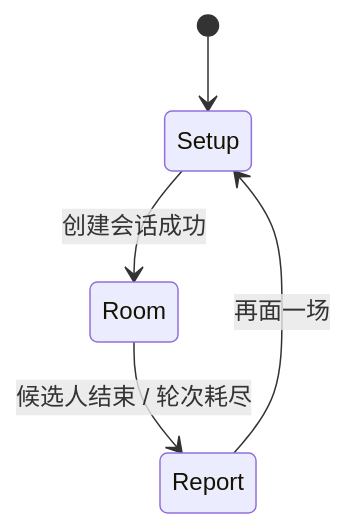
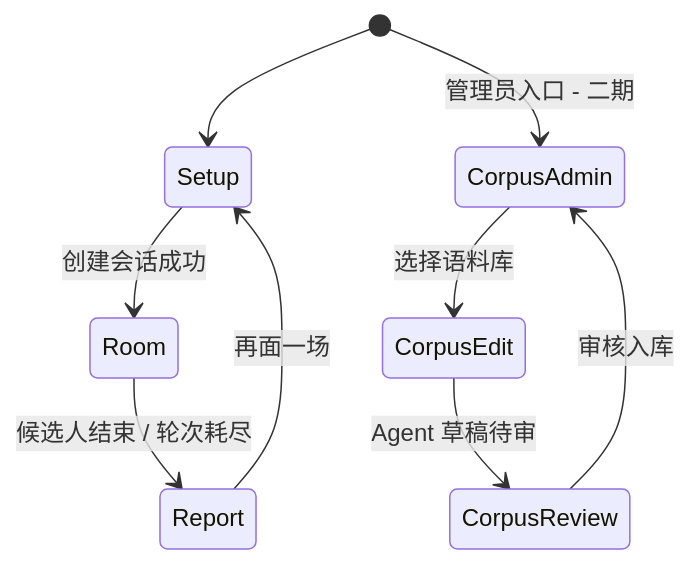
One commit to sublucky/virtual-interviewer changed the second of 11 diagrams in ARCHITECTURE.md. Above: the diagram before and after it, drawn with Mermaid. The commit also changed other lines of this file, not shown here.

````diff
--- a/ARCHITECTURE.md
+++ b/ARCHITECTURE.md
@@ -109,7 +133,11 @@
 ```mermaid
 stateDiagram-v2
     [*] --> Setup
     Setup --> Room: 创建会话成功
     Room --> Report: 候选人结束 / 轮次耗尽
     Report --> Setup: 再面一场
+    [*] --> CorpusAdmin: 管理员入口 - 二期
+    CorpusAdmin --> CorpusEdit: 选择语料库
+    CorpusEdit --> CorpusReview: Agent 草稿待审
+    CorpusReview --> CorpusAdmin: 审核入库
 ```
````
